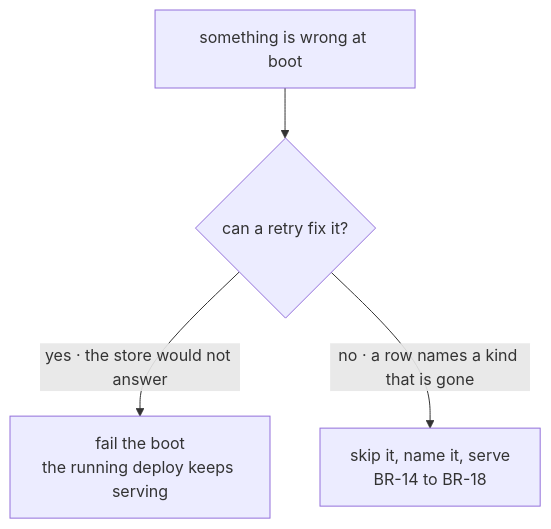
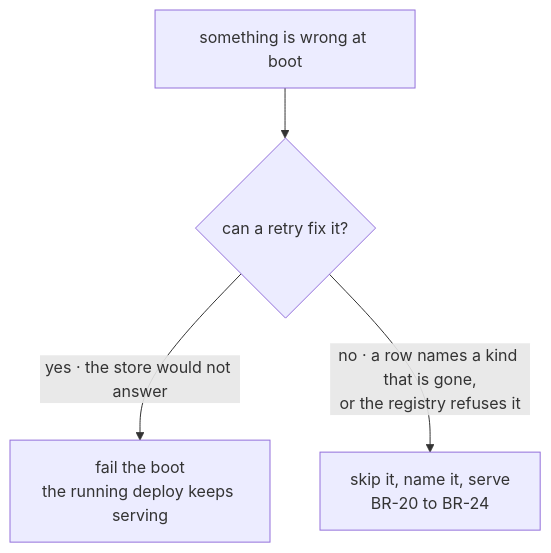
The diagram in specs/issues/FIX-1475/BUSINESS-RULES.md (fixpoint-labs/flow-state-dev), drawn with Mermaid before and after one commit. The commit also changed other lines of this file and 4 other files, not shown here.

````diff
--- a/specs/issues/FIX-1475/BUSINESS-RULES.md
+++ b/specs/issues/FIX-1475/BUSINESS-RULES.md
@@ -45,6 +60,6 @@
 ```mermaid
 flowchart TD
   P["something is wrong at boot"] --> Q{"can a retry fix it?"}
   Q -->|"yes · the store would not answer"| F["fail the boot<br/>the running deploy keeps serving"]
-  Q -->|"no · a row names a kind that is gone"| S["skip it, name it, serve<br/>BR-14 to BR-18"]
+  Q -->|"no · a row names a kind that is gone,<br/>or the registry refuses it"| S["skip it, name it, serve<br/>BR-20 to BR-24"]
 ```
````
